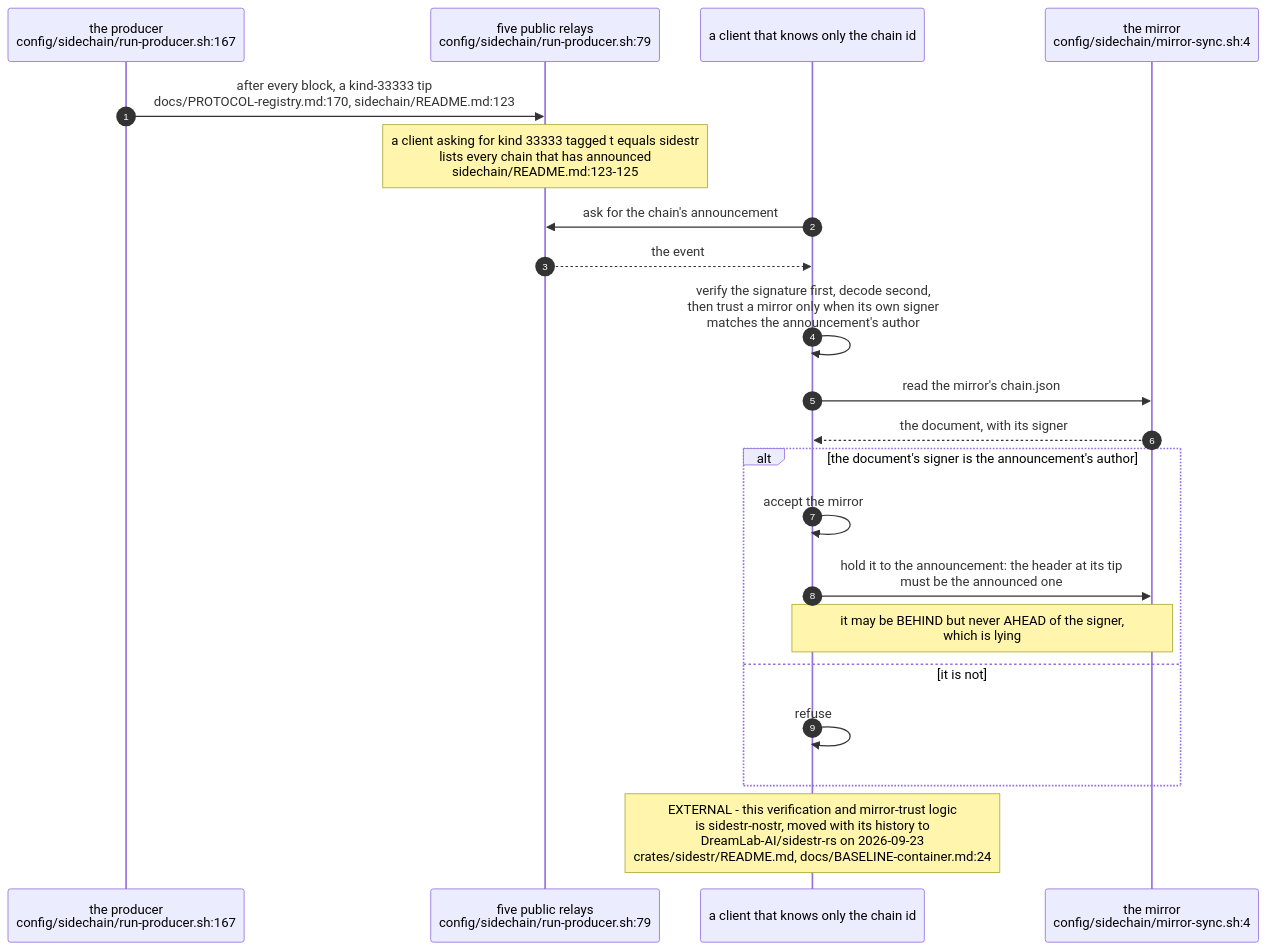
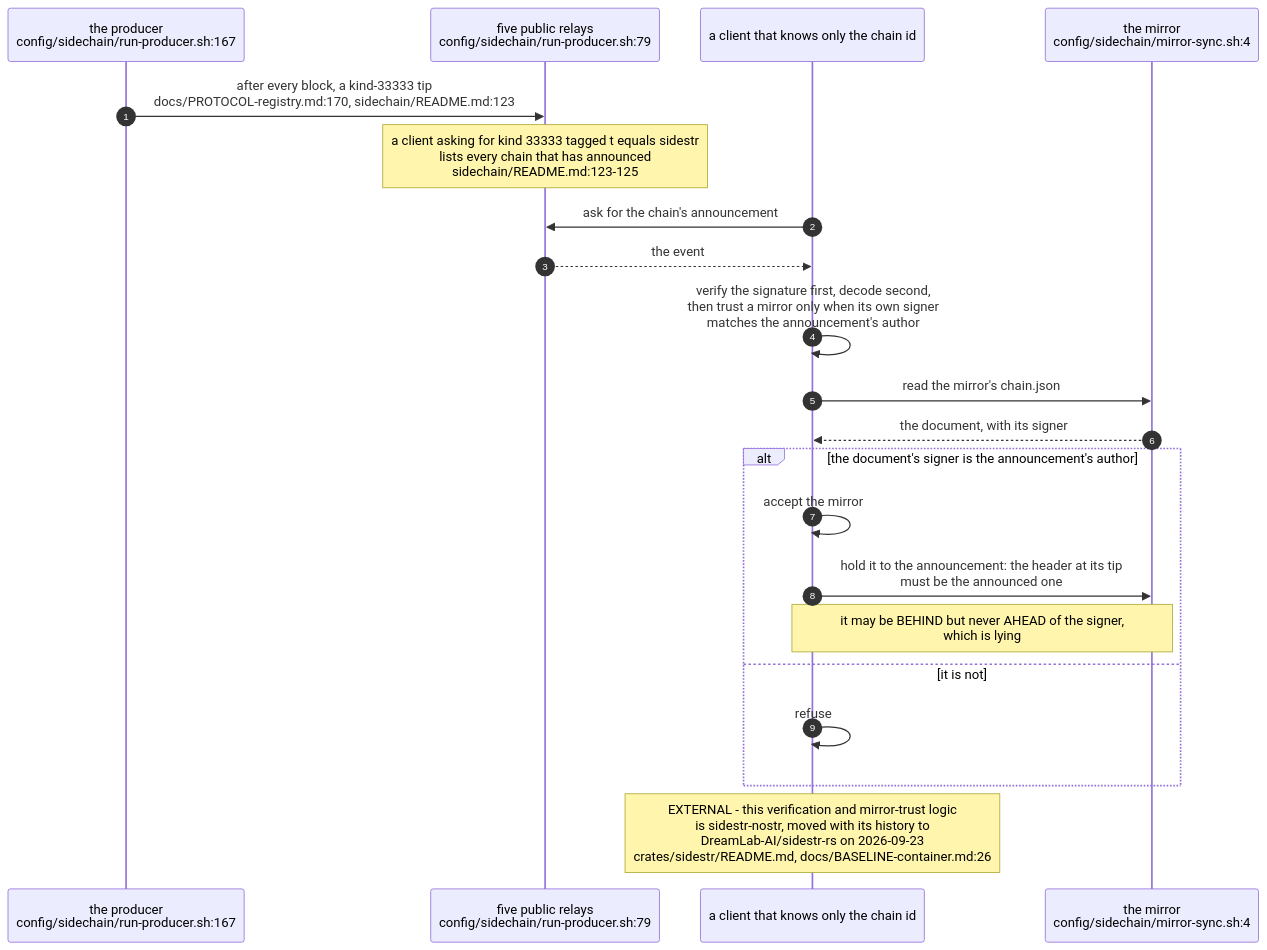
One commit to DreamLab-AI/VisionFlow changed the second of 6 diagrams in docs/diagrams/agentbox/34-sidestr-interim-producer-and-mirror.md. Above: the diagram before and after it, drawn with Mermaid. The commit also changed other lines of this file and 154 other files, not shown here.

First line of the commit message:
docs(diagrams): re-stamp 154 topics whose every citation still reads the same text at the current heads

````diff
--- a/docs/diagrams/agentbox/34-sidestr-interim-producer-and-mirror.md
+++ b/docs/diagrams/agentbox/34-sidestr-interim-producer-and-mirror.md
@@ -114,24 +114,24 @@
 ```mermaid
 sequenceDiagram
     autonumber
     participant PR as the producer<br/>config/sidechain/run-producer.sh:167
     participant RL as five public relays<br/>config/sidechain/run-producer.sh:79
     participant CL as a client that knows only the chain id
     participant MI as the mirror<br/>config/sidechain/mirror-sync.sh:4
 
     PR->>RL: after every block, a kind-33333 tip<br/>docs/PROTOCOL-registry.md:170, sidechain/README.md:123
     Note over RL: a client asking for kind 33333 tagged t equals sidestr<br/>lists every chain that has announced<br/>sidechain/README.md:123-125
     CL->>RL: ask for the chain's announcement
     RL-->>CL: the event
     CL->>CL: verify the signature first, decode second,<br/>then trust a mirror only when its own signer<br/>matches the announcement's author
     CL->>MI: read the mirror's chain.json
     MI-->>CL: the document, with its signer
     alt the document's signer is the announcement's author
         CL->>CL: accept the mirror
         CL->>MI: hold it to the announcement: the header at its tip<br/>must be the announced one
         Note over CL,MI: it may be BEHIND but never AHEAD of the signer,<br/>which is lying
     else it is not
         CL->>CL: refuse
     end
-    Note over CL: EXTERNAL - this verification and mirror-trust logic<br/>is sidestr-nostr, moved with its history to<br/>DreamLab-AI/sidestr-rs on 2026-09-23<br/>crates/sidestr/README.md, docs/BASELINE-container.md:24
+    Note over CL: EXTERNAL - this verification and mirror-trust logic<br/>is sidestr-nostr, moved with its history to<br/>DreamLab-AI/sidestr-rs on 2026-09-23<br/>crates/sidestr/README.md, docs/BASELINE-container.md:26
 ```
````
